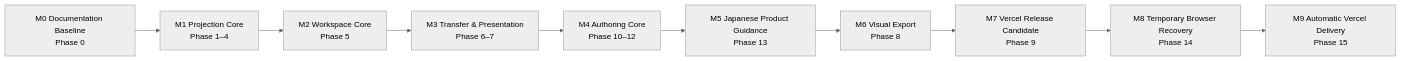
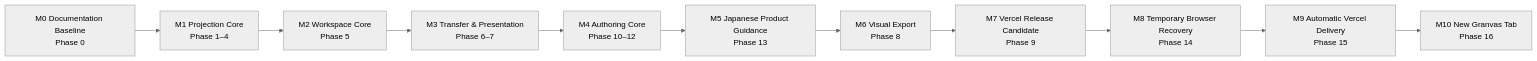
The diagram in docs/development-roadmap.md (dayaa-arch/granvas), drawn with Mermaid (neutral theme) before and after one commit. The commit also changed other lines of this file and 24 other files, not shown here.

````diff
--- a/docs/development-roadmap.md
+++ b/docs/development-roadmap.md
@@ -22,12 +22,13 @@
 ```mermaid
 flowchart LR
     M0["M0 Documentation Baseline<br/>Phase 0"] --> M1["M1 Projection Core<br/>Phase 1–4"]
     M1 --> M2["M2 Workspace Core<br/>Phase 5"]
     M2 --> M3["M3 Transfer & Presentation<br/>Phase 6–7"]
     M3 --> M4["M4 Authoring Core<br/>Phase 10–12"]
     M4 --> M5["M5 Japanese Product Guidance<br/>Phase 13"]
     M5 --> M6["M6 Visual Export<br/>Phase 8"]
     M6 --> M7["M7 Vercel Release Candidate<br/>Phase 9"]
     M7 --> M8["M8 Temporary Browser Recovery<br/>Phase 14"]
     M8 --> M9["M9 Automatic Vercel Delivery<br/>Phase 15"]
+    M9 --> M10["M10 New Granvas Tab<br/>Phase 16"]
 ```
````
